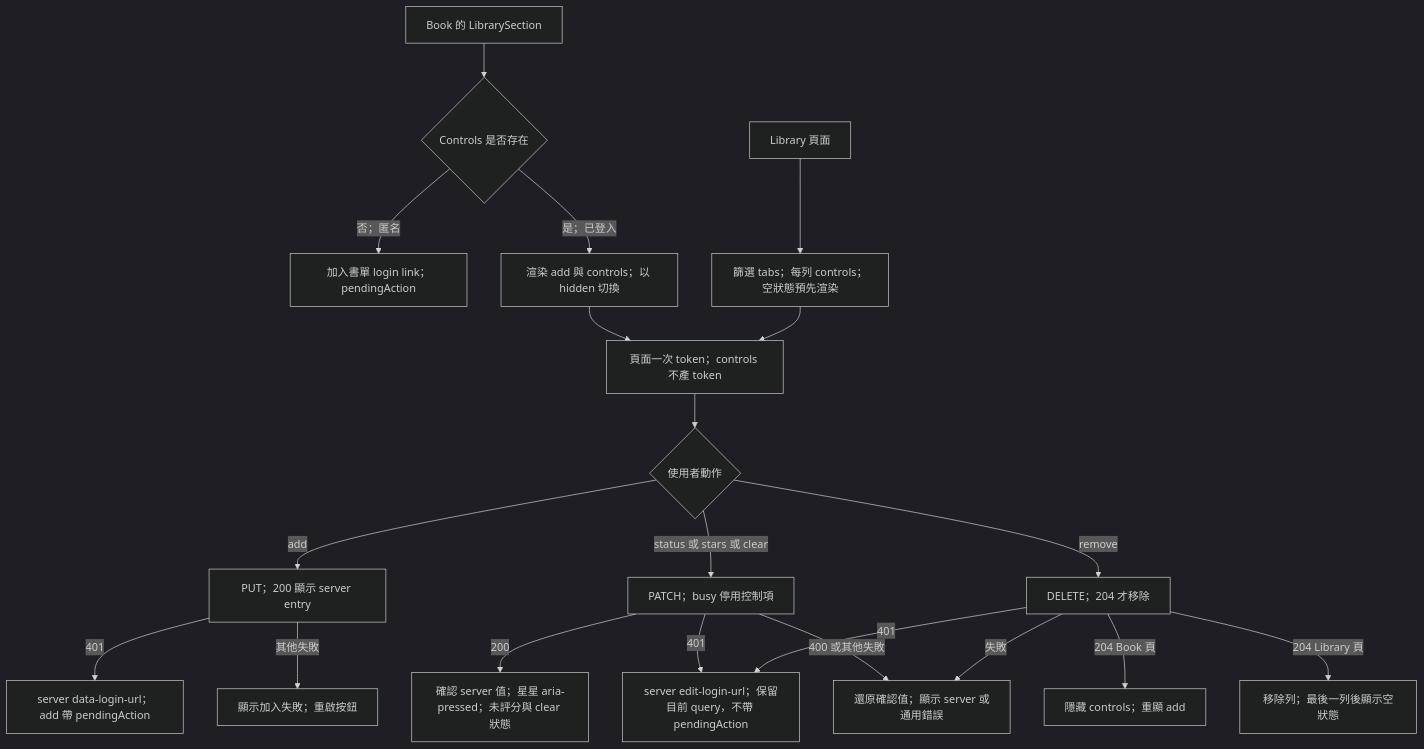
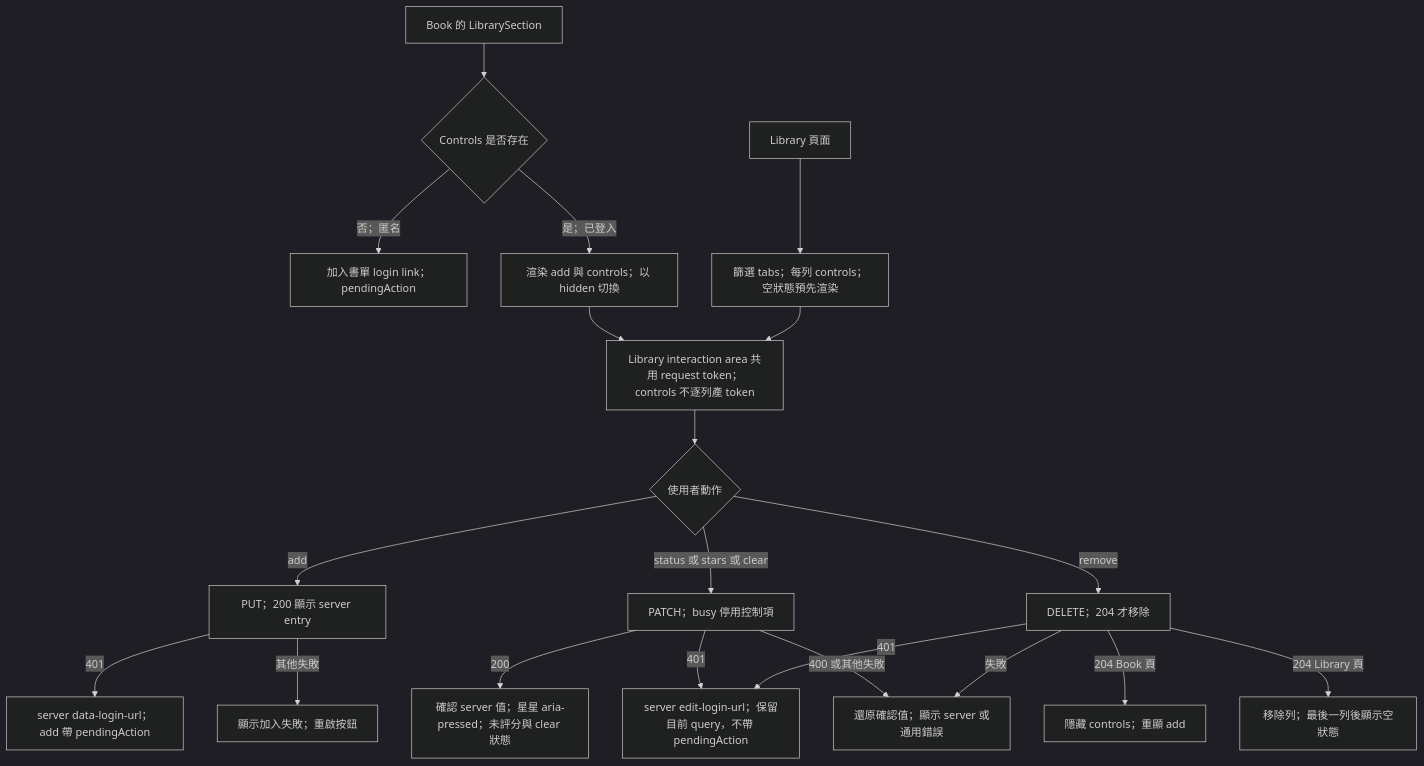
Before and after one commit to Arthur801/Book-Finder: the fourth of 4 diagrams in Views/docs/workflow-diagram.md, drawn with Mermaid (dark theme). The commit also changed other lines of this file and 24 other files, not shown here.

````diff
--- a/Views/docs/workflow-diagram.md
+++ b/Views/docs/workflow-diagram.md
@@ -100,22 +100,22 @@
 ```mermaid
 flowchart TD
     A[Book 的 LibrarySection] --> B{Controls 是否存在}
     B -->|否；匿名| C[加入書單 login link；pendingAction]
     B -->|是；已登入| D[渲染 add 與 controls；以 hidden 切換]
     E[Library 頁面] --> F[篩選 tabs；每列 controls；空狀態預先渲染]
-    D --> G[頁面一次 token；controls 不產 token]
+    D --> G[Library interaction area 共用 request token；controls 不逐列產 token]
     F --> G
     G --> H{使用者動作}
     H -->|add| I[PUT；200 顯示 server entry]
     H -->|status 或 stars 或 clear| J[PATCH；busy 停用控制項]
     H -->|remove| K[DELETE；204 才移除]
     J -->|200| L[確認 server 值；星星 aria-pressed；未評分與 clear 狀態]
     I -->|401| M[server data-login-url；add 帶 pendingAction]
     J -->|401| N[server edit-login-url；保留目前 query，不帶 pendingAction]
     K -->|401| N
     J -->|400 或其他失敗| O[還原確認值；顯示 server 或通用錯誤]
     K -->|失敗| O
     I -->|其他失敗| P[顯示加入失敗；重啟按鈕]
     K -->|204 Book 頁| Q[隱藏 controls；重顯 add]
     K -->|204 Library 頁| R[移除列；最後一列後顯示空狀態]
 ```
````
